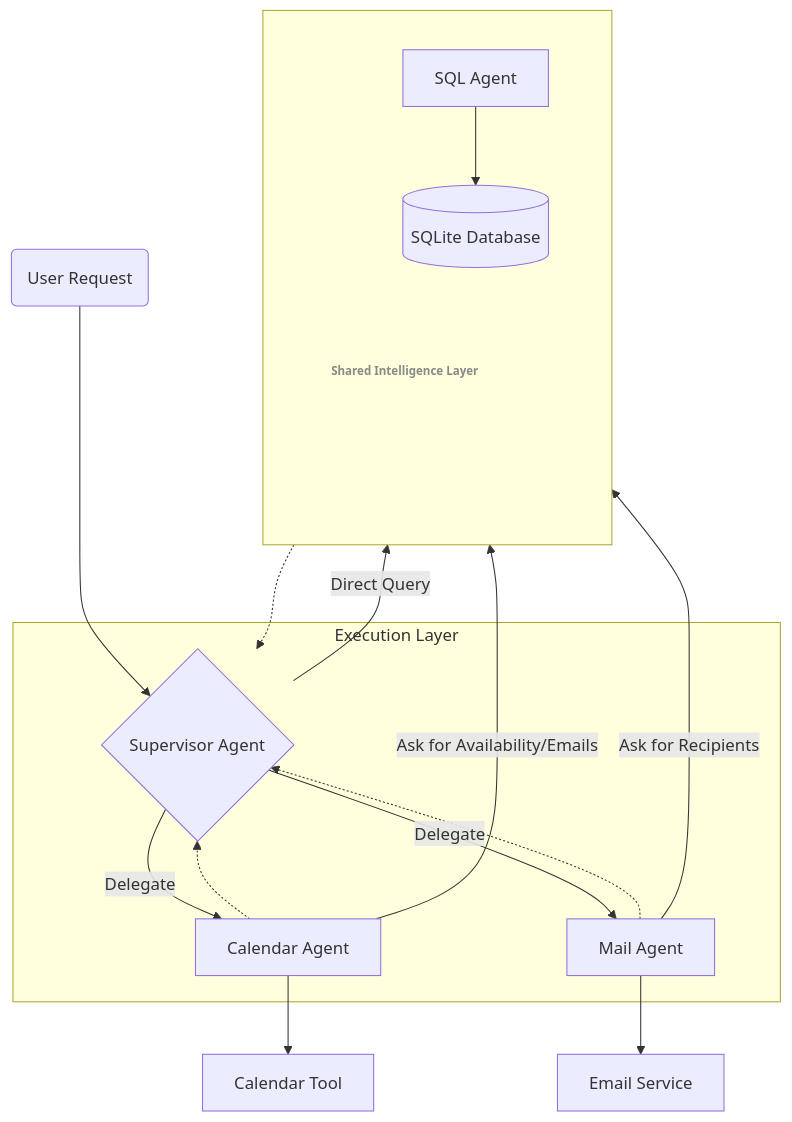
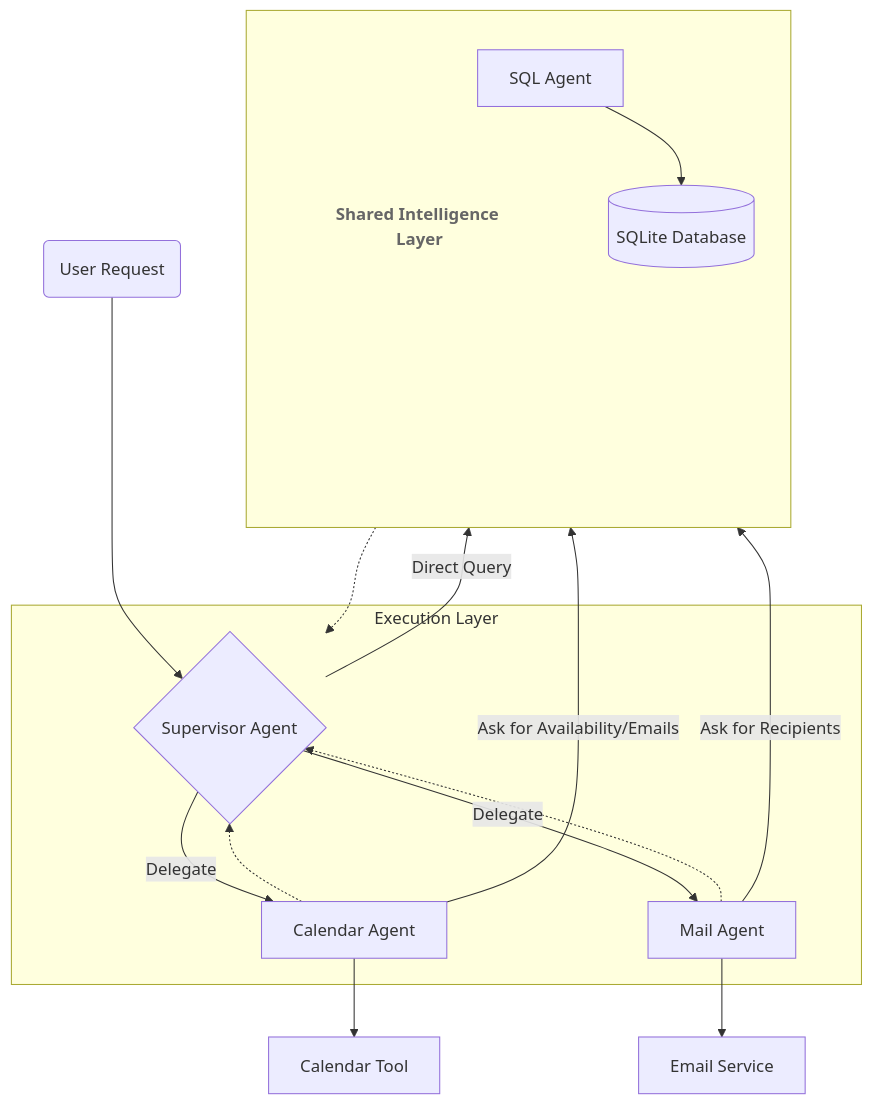
Before and after one commit to danielecelsa/mail-calendar-assistant: the diagram in README.md, drawn with Mermaid.

Commit message:
Readme graph

````diff
--- a/README.md
+++ b/README.md
@@ -45,45 +45,52 @@
 ```mermaid
 graph TD
     User(User Request) --> Supervisor{Supervisor Agent}
     
     subgraph "Execution Layer"
         Supervisor -- "Delegate" --> Cal[Calendar Agent]
         Supervisor -- "Delegate" --> Mail[Mail Agent]
     end
     
-    %% Shared Intelligence Layer - Title removed to avoid overlap
+    %% Shared Intelligence Layer
     subgraph SIL [" "]
         direction TB
         
-        %% Core Nodes
+        %% Core Logic
         SQL[SQL Agent]
         DB[(SQLite Database)]
         SQL --> DB
         
-        %% Invisible Footer Row to force alignment
-        %% L is the label, S is a spacer to balance the centering
-        L[Shared Intelligence Layer] ~~~ S[                       ]
+        %% The Footer Row: [Label] --- [Center Anchor] --- [Right Spacer]
+        %% This creates a rigid horizontal base that forces centering
+        L["Shared Intelligence Layer"] ~~~ Anchor[ ] ~~~ R[ ]
         
-        %% Vertical Spacing to push footer to the bottom
-        DB ~~~ L
-        DB ~~~ S
+        %% Force DB to stay centered above the Anchor
+        DB ~~~ Anchor
+        
+        %% Push the footer to the bottom
+        SQL ~~~ L
     end
     
     %% External Connections
     Supervisor -- "Direct Query" --> SQL
     Cal -- "Ask for Availability/Emails" --> SQL
     Mail -- "Ask for Recipients" --> SQL
     
     %% Tools
     Cal --> GCal[Calendar Tool]
     Mail --> SMTP[Email Service]
     
     %% Returns
     Cal -.-> Supervisor
     Mail -.-> Supervisor
     SQL -.-> Supervisor
 
-    %% Styling for a clean look
-    classDef labelStyle fill:none,stroke:none,color:#888,font-weight:bold,font-size:11px;
-    class L,S labelStyle;
+    %% STYLING
+    %% Label: Font size 16px (Standard Subgraph size), Bold, Aligned Left
+    classDef labelStyle fill:none,stroke:none,color:#666,font-weight:bold,font-size:16px;
+    %% Spacers: Completely invisible
+    classDef spacerStyle fill:none,stroke:none,color:#fff0;
+    
+    class L labelStyle;
+    class Anchor,R spacerStyle;
 ```
````
